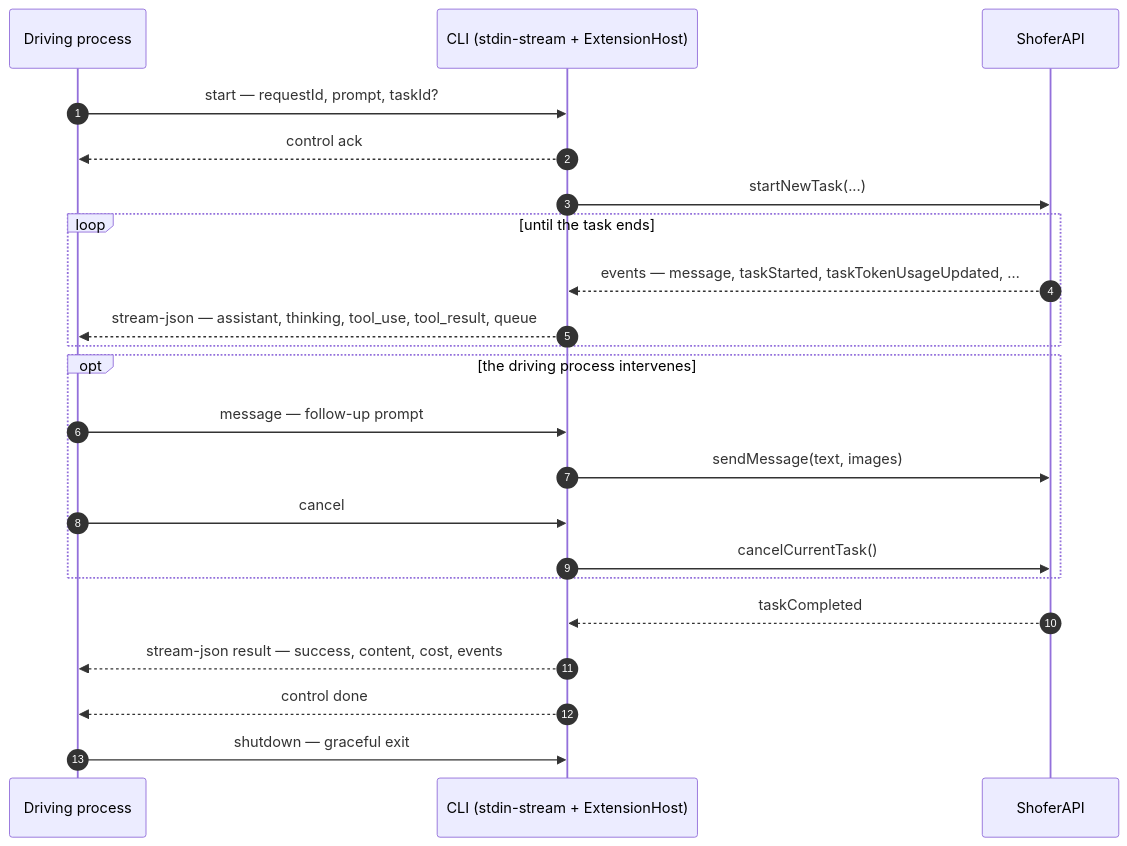
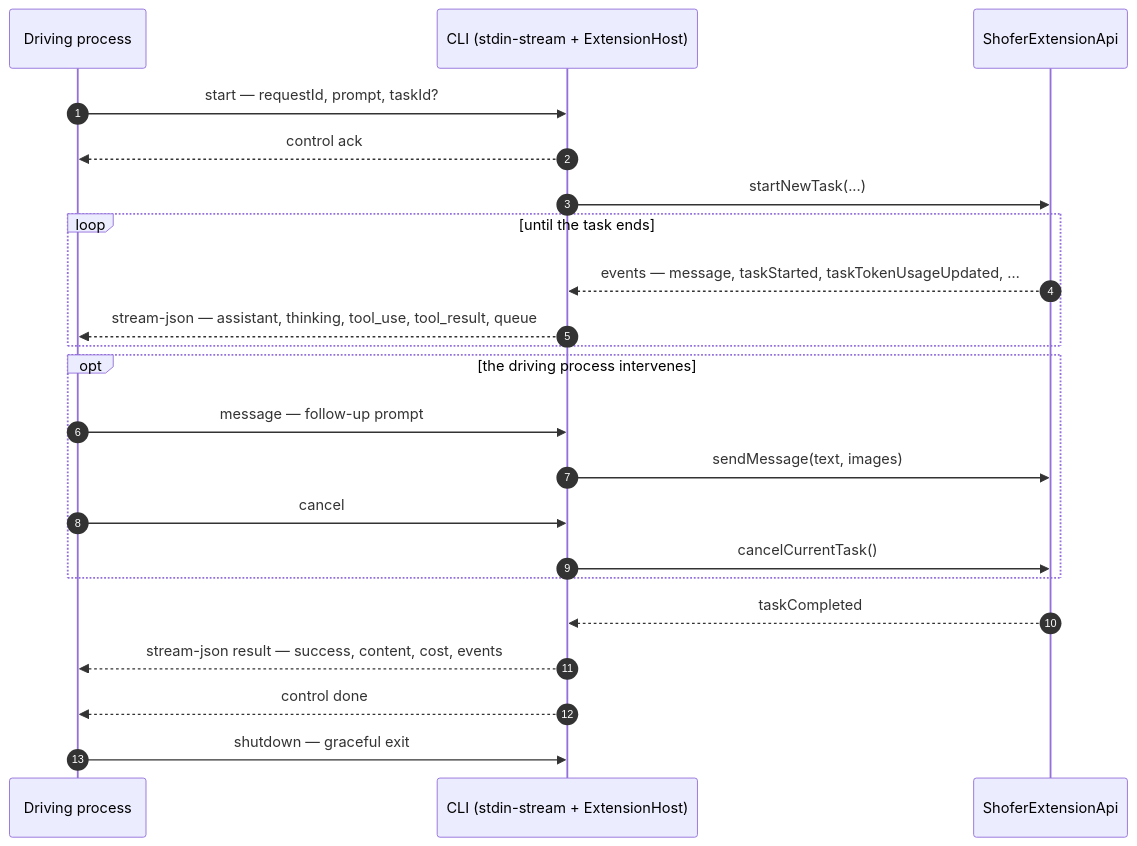
The second of 2 diagrams in docs/cli.md (shofer-dev/shofer), drawn with Mermaid before and after one commit. The commit also changed other lines of this file and 64 other files, not shown here.

First line of the commit message:
refactor(api)!: rename AgentApi -> ShoferApi, ShoferAPI -> ShoferExtensionApi

````diff
--- a/docs/cli.md
+++ b/docs/cli.md
@@ -157,25 +157,25 @@
 ```mermaid
 sequenceDiagram
     autonumber
     participant P as Driving process
     participant CLI as CLI (stdin-stream + ExtensionHost)
-    participant API as ShoferAPI
+    participant API as ShoferExtensionApi
 
     P->>CLI: start — requestId, prompt, taskId?
     CLI-->>P: control ack
     CLI->>API: startNewTask(...)
     loop until the task ends
         API-->>CLI: events — message, taskStarted, taskTokenUsageUpdated, …
         CLI-->>P: stream-json — assistant, thinking, tool_use, tool_result, queue
     end
     opt the driving process intervenes
         P->>CLI: message — follow-up prompt
         CLI->>API: sendMessage(text, images)
         P->>CLI: cancel
         CLI->>API: cancelCurrentTask()
     end
     API-->>CLI: taskCompleted
     CLI-->>P: stream-json result — success, content, cost, events
     CLI-->>P: control done
     P->>CLI: shutdown — graceful exit
 ```
````
